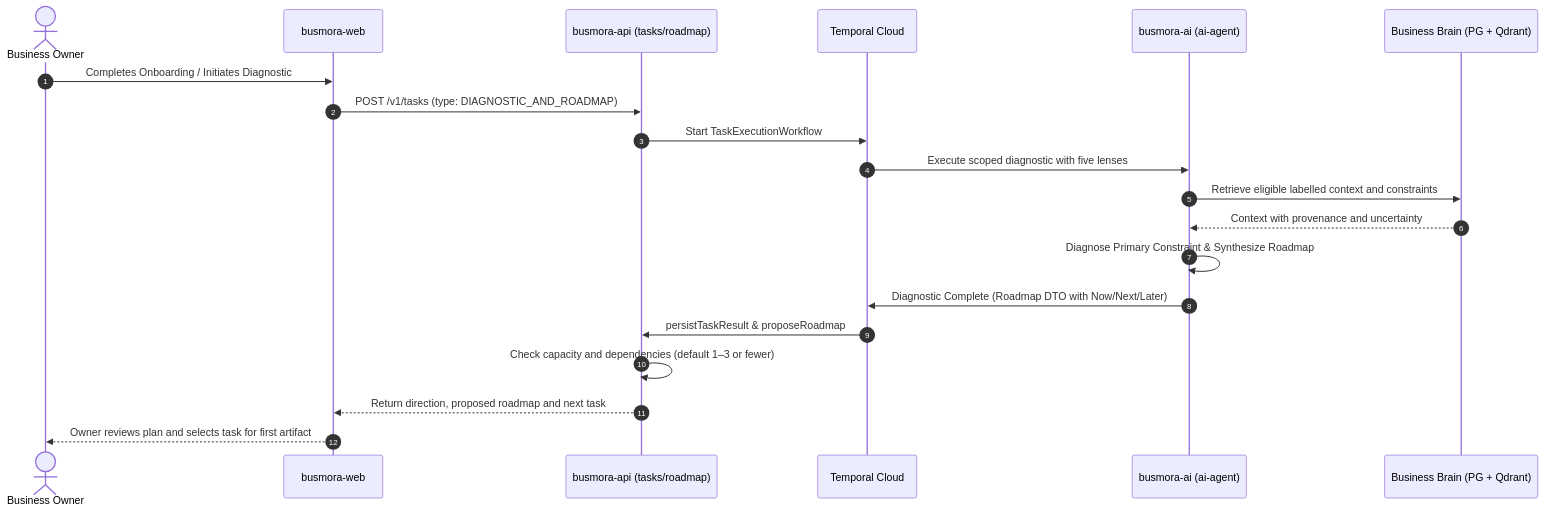
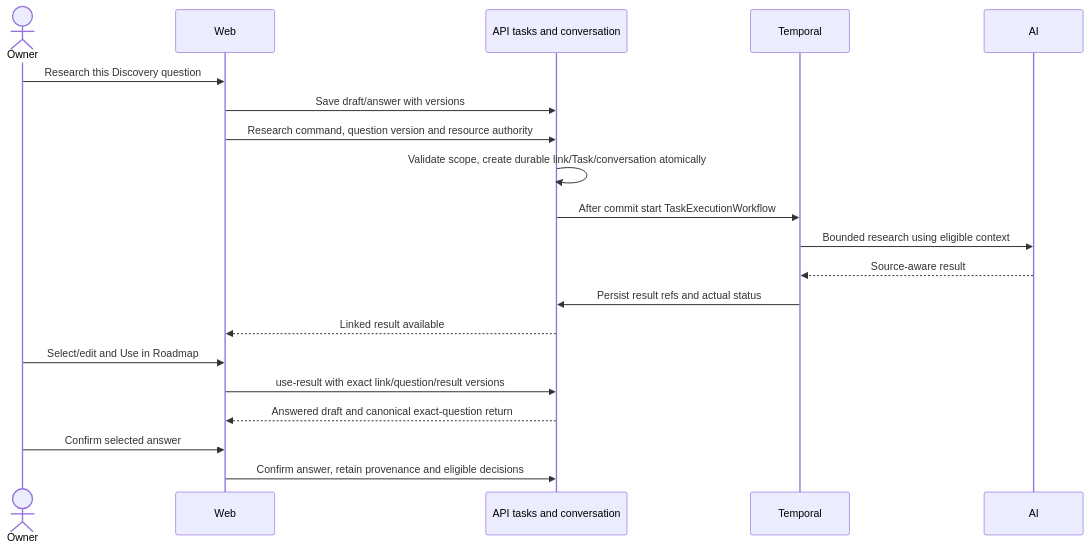
One commit to mohamed-hossam1/busmora-docs changed diagram 11 of 16 in core/SYSTEM-ARCHITECTURE.md. Above: the diagram before and after it, drawn with Mermaid. The commit also changed other lines of this file and 5 other files, not shown here.

Commit message:
docs(core): update PRD to v2.0 and align core technical designs, architecture, and design system

````diff
--- a/core/SYSTEM-ARCHITECTURE.md
+++ b/core/SYSTEM-ARCHITECTURE.md
@@ -392,23 +465,22 @@
 ```mermaid
 sequenceDiagram
-  autonumber
-  actor Owner as Business Owner
-  participant Web as busmora-web
-  participant API as busmora-api (tasks/roadmap)
-  participant Temporal as Temporal Cloud
-  participant Agent as busmora-ai (ai-agent)
-  participant Brain as Business Brain (PG + Qdrant)
-
-  Owner->>Web: Completes Onboarding / Initiates Diagnostic
-  Web->>API: POST /v1/tasks (type: DIAGNOSTIC_AND_ROADMAP)
-  API->>Temporal: Start TaskExecutionWorkflow
-  Temporal->>Agent: Execute scoped diagnostic with five lenses
-  Agent->>Brain: Retrieve eligible labelled context and constraints
-  Brain-->>Agent: Context with provenance and uncertainty
-  Agent->>Agent: Diagnose Primary Constraint & Synthesize Roadmap
-  Agent->>Temporal: Diagnostic Complete (Roadmap DTO with Now/Next/Later)
-  Temporal->>API: persistTaskResult & proposeRoadmap
-  API->>API: Check capacity and dependencies (default 1–3 or fewer)
-  API-->>Web: Return direction, proposed roadmap and next task
-  Web-->>Owner: Owner reviews plan and selects task for first artifact
+  actor Owner
+  participant Web
+  participant API as API tasks and conversation
+  participant Temporal
+  participant AI
+  Owner->>Web: Research this Discovery question
+  Web->>API: Save draft/answer with versions
+  Web->>API: Research command, question version and resource authority
+  API->>API: Validate scope, create durable link/Task/conversation atomically
+  API->>Temporal: After commit start TaskExecutionWorkflow
+  Temporal->>AI: Bounded research using eligible context
+  AI-->>Temporal: Source-aware result
+  Temporal->>API: Persist result refs and actual status
+  API-->>Web: Linked result available
+  Owner->>Web: Select/edit and Use in Roadmap
+  Web->>API: use-result with exact link/question/result versions
+  API-->>Web: Answered draft and canonical exact-question return
+  Owner->>Web: Confirm selected answer
+  Web->>API: Confirm answer, retain provenance and eligible decisions
 ```
````
